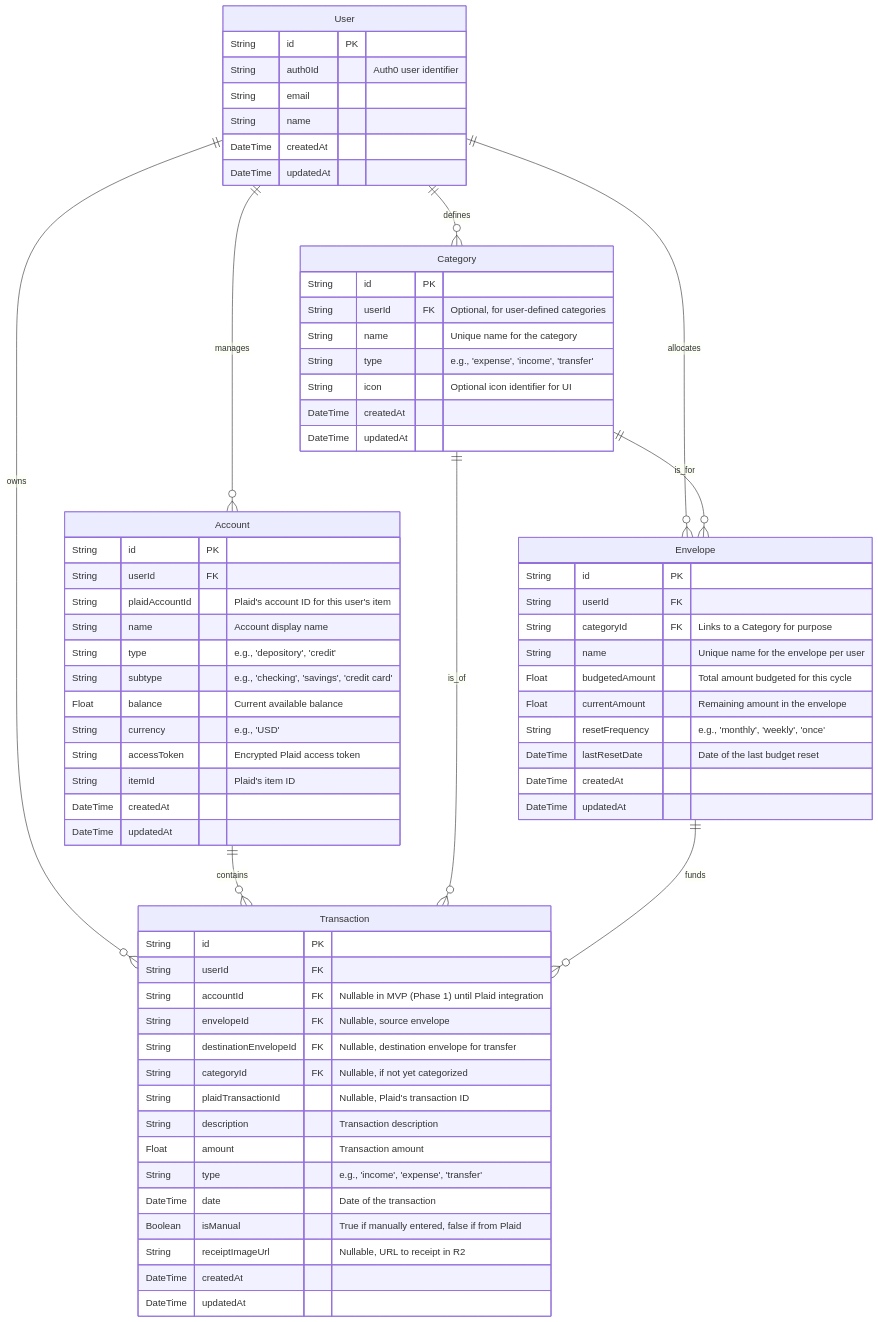
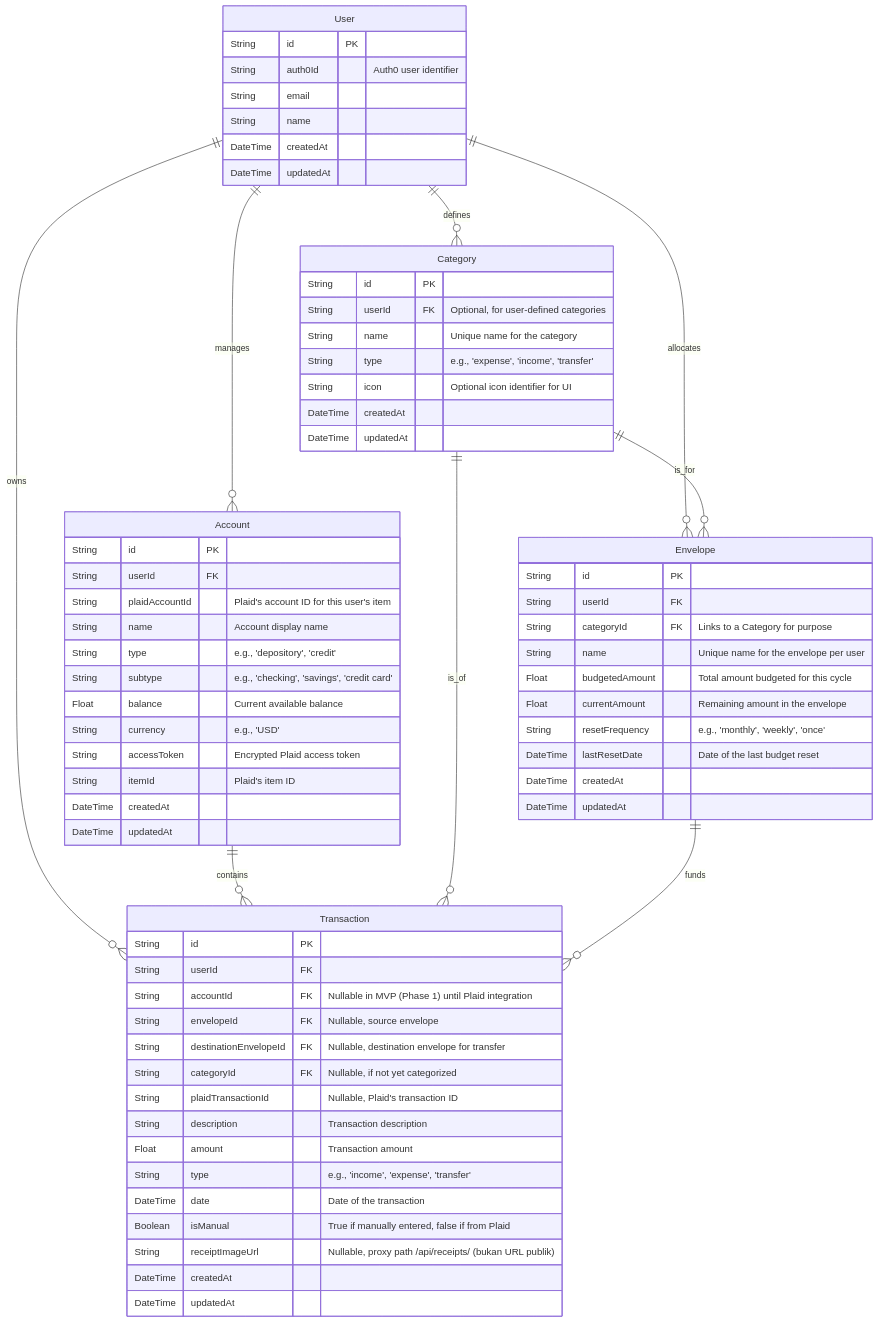
Before and after one commit to wllyvx/pocketflow: the diagram in docs/DATABASE.md, drawn with Mermaid. The commit also changed other lines of this file and 5 other files, not shown here.

Commit message:
docs(fr-07): finalize receipts docs, retention decision & roadmap checkoff (FR-07 #05)

````diff
--- a/docs/DATABASE.md
+++ b/docs/DATABASE.md
@@ -7,79 +7,79 @@
 ```mermaid
 erDiagram
     User {
         String id PK
         String auth0Id "Auth0 user identifier"
         String email
         String name
         DateTime createdAt
         DateTime updatedAt
     }
 
     Account {
         String id PK
         String userId FK
         String plaidAccountId "Plaid's account ID for this user's item"
         String name "Account display name"
         String type "e.g., 'depository', 'credit'"
         String subtype "e.g., 'checking', 'savings', 'credit card'"
         Float balance "Current available balance"
         String currency "e.g., 'USD'"
         String accessToken "Encrypted Plaid access token"
         String itemId "Plaid's item ID"
         DateTime createdAt
         DateTime updatedAt
     }
 
     Category {
         String id PK
         String userId FK "Optional, for user-defined categories"
         String name "Unique name for the category"
         String type "e.g., 'expense', 'income', 'transfer'"
         String icon "Optional icon identifier for UI"
         DateTime createdAt
         DateTime updatedAt
     }
 
     Envelope {
         String id PK
         String userId FK
         String categoryId FK "Links to a Category for purpose"
         String name "Unique name for the envelope per user"
         Float budgetedAmount "Total amount budgeted for this cycle"
         Float currentAmount "Remaining amount in the envelope"
         String resetFrequency "e.g., 'monthly', 'weekly', 'once'"
         DateTime lastResetDate "Date of the last budget reset"
         DateTime createdAt
         DateTime updatedAt
     }
 
     Transaction {
         String id PK
         String userId FK
         String accountId FK "Nullable in MVP (Phase 1) until Plaid integration"
         String envelopeId FK "Nullable, source envelope"
         String destinationEnvelopeId FK "Nullable, destination envelope for transfer"
         String categoryId FK "Nullable, if not yet categorized"
         String plaidTransactionId "Nullable, Plaid's transaction ID"
         String description "Transaction description"
         Float amount "Transaction amount"
         String type "e.g., 'income', 'expense', 'transfer'"
         DateTime date "Date of the transaction"
         Boolean isManual "True if manually entered, false if from Plaid"
-        String receiptImageUrl "Nullable, URL to receipt in R2"
+        String receiptImageUrl "Nullable, proxy path /api/receipts/<R2 object key> (bukan URL publik)"
         DateTime createdAt
         DateTime updatedAt
     }
 
     User ||--o{ Account : manages
     User ||--o{ Category : defines
     User ||--o{ Envelope : allocates
     User ||--o{ Transaction : owns
 
     Account ||--o{ Transaction : contains
 
     Category ||--o{ Envelope : is_for
     Category ||--o{ Transaction : is_of
 
     Envelope ||--o{ Transaction : funds
 ```
````
